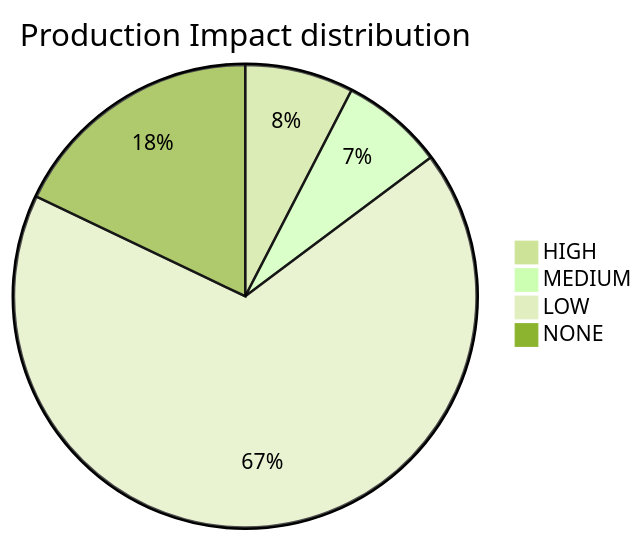
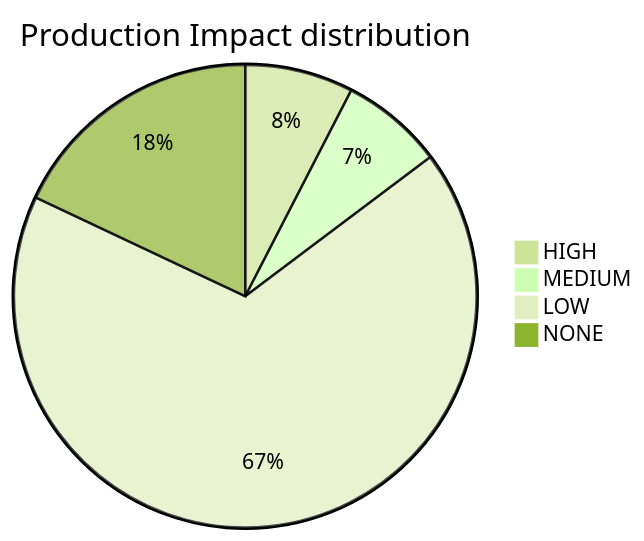
The diagram in PLATFORM_HEALTH.md (mikeybeezy/goldenpath-idp-infra), drawn with Mermaid (forest theme) before and after one commit. The commit also changed other lines of this file and 1 other file, not shown here.

````diff
--- a/PLATFORM_HEALTH.md
+++ b/PLATFORM_HEALTH.md
@@ -81,7 +81,7 @@
 ```mermaid
 pie title Production Impact distribution
     "HIGH" : 58
     "MEDIUM" : 55
-    "LOW" : 515
-    "NONE" : 137
+    "LOW" : 516
+    "NONE" : 138
 ```
````
